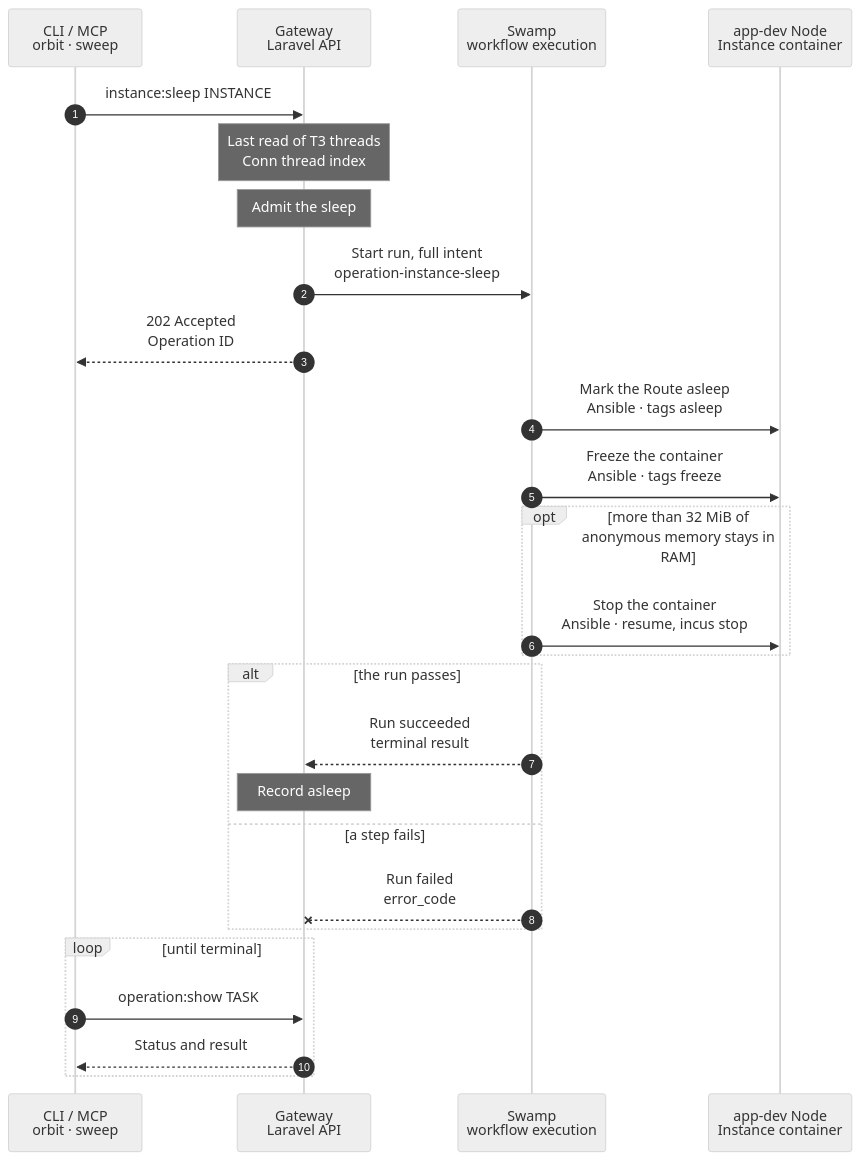
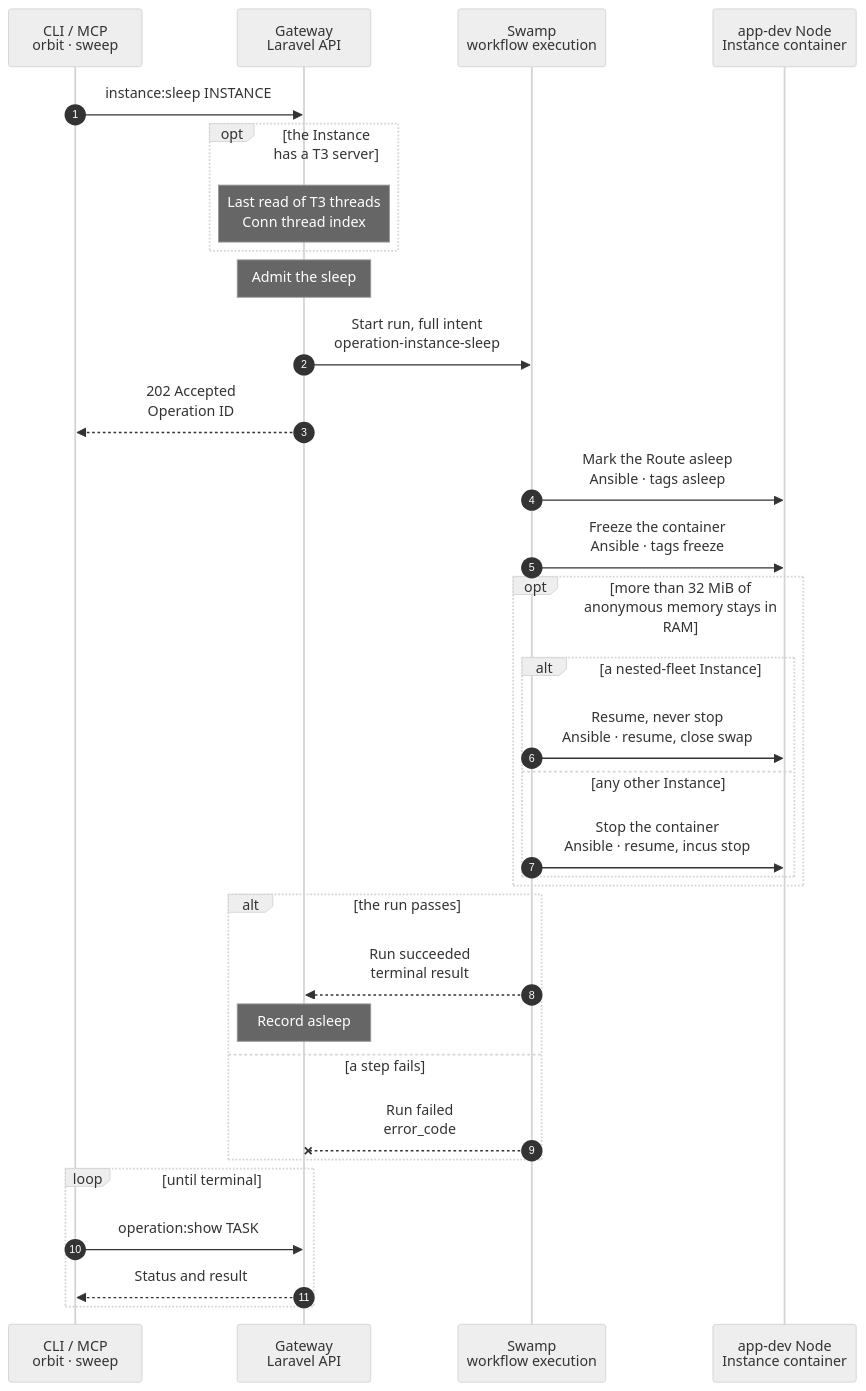
One commit to hardimpactdev/orbit changed the diagram in docs/cli/instance/sleep.mmd. Above: the diagram before and after it, drawn with Mermaid (neutral theme). The commit also changed 50 other files, not shown here.

First line of the commit message:
feat(instances): defaults and nested-fleet Instances sleep under the idle rule (#3783)

```diff
--- a/docs/cli/instance/sleep.mmd
+++ b/docs/cli/instance/sleep.mmd
@@ -1,81 +1,98 @@
 sequenceDiagram
-  %% Container runtime (ADR 0250 step 8, docs/reference/development-containers.md#sleep-and-wake): freeze a development container with its memory in swap and leave its Route on the wake page. The hibernation sweep admits the same kind after an idle hour; the command admits it at once.
+  %% Container runtime (ADR 0250 step 8, docs/reference/development-containers.md#sleep-and-wake): freeze a development container with its memory in swap and leave its Route on the wake page. Defaults and nested-fleet Instances sleep under the same rule as clones (owner decision 2026-11-14). The hibernation sweep admits the same kind after an idle hour; the command admits it at once.
   %% status: draft
   %% command: instance:sleep
   %% kind: instance.sleep
   autonumber
   %% lane CLI icon=terminal pill=caller tone=gray
   %% lane GW icon=gateway pill=intent tone=blue
   %% lane SW icon=workflow pill=executes tone=green
   %% lane N icon=server pill=target tone=amber
   participant CLI as CLI / MCP<br/>orbit · sweep
   participant GW as Gateway<br/>Laravel API
   participant SW as Swamp<br/>workflow execution
   participant N as app-dev Node<br/>Instance container
   CLI->>GW: instance:sleep INSTANCE
   %%> Command:
   %%> - `orbit instance:sleep INSTANCE`
   %%> - syntax: `<instance-id> [--json]`
   %%> Callers:
   %%> - the command, at once
-  %%> - the idle sleep of the runtime hibernator, every 10 min, after it read no HTTP, wake or T3 activity for an hour and no running turn (docs/reference/development-containers.md#sleep-and-wake)
-  Note over GW: Last read of T3 threads<br/>Conn thread index
-  %%> When:
-  %%> - after the refusals and the replay of a repeated request, before the Instance lock; within 3 seconds
-  %%> - only while Conn and its index switch `ORBIT_CONN_THREAD_INDEX_POLL` are on; the sleep switch does not matter
-  %%> What it does:
-  %%> - reads the container T3 server's threads once more, so the index keeps them while the Instance sleeps (docs/reference/conn.md#thread-index)
-  %%> On failure:
-  %%> - the index keeps its earlier rows; the sleep goes on
+  %%> - the idle sleep of the runtime hibernator, every 10 min, after it read no HTTP, wake or deployment activity for an hour and, for an Instance with a T3 server, no T3 activity and no running turn (docs/reference/development-containers.md#sleep-and-wake)
+  opt the Instance has a T3 server
+    Note over GW: Last read of T3 threads<br/>Conn thread index
+    %%> When:
+    %%> - after the refusals and the replay of a repeated request, before the Instance lock; within 3 seconds
+    %%> - only while Conn and its index switch `ORBIT_CONN_THREAD_INDEX_POLL` are on; the sleep setting does not matter
+    %%> - a default has no T3 server: nothing to read
+    %%> What it does:
+    %%> - reads the container T3 server's threads once more, so the index keeps them while the Instance sleeps (docs/reference/conn.md#thread-index)
+    %%> On failure:
+    %%> - the index keeps its earlier rows; the sleep goes on
+  end
   Note over GW: Admit the sleep
   %%> When:
-  %%> - an active development container that is not a default and not a nested-fleet Instance; take the Instance lock
+  %%> - an active development container, a default and a nested-fleet Instance included; take the Instance lock
   %%> On failure:
-  %%> - no container, a default, a nested-fleet Instance, an active task or lifecycle work starts no run
+  %%> - no container, a non-development Instance, an active task or lifecycle work starts no run
   GW->>SW: Start run, full intent<br/>operation-instance-sleep
   GW-->>CLI: 202 Accepted<br/>Operation ID
   SW->>N: Mark the Route asleep<br/>Ansible · tags asleep
   %%> What it does:
   %%> - checks that Caddy's loaded site of the Instance has the asleep rule, else `instance.sleep_route_unready`
+  %%> - an Instance without a published Route, such as a default without one, has no site: nothing proxies to it, so there is nothing to check; the intent's `route` says which
   %%> - writes the asleep marker, so each request from now on gets the wake page
   %%> Why:
   %%> - the marker comes before the freeze: a request during the freeze gets the wake page, not a hang
   SW->>N: Freeze the container<br/>Ansible · tags freeze
   %%> What it does:
-  %%> - writes `max` to the container cgroup's `memory.swap.max` (Incus writes 0), `incus pause`, then a reclaim of its memory
-  %%> - the processes and their state stay; their memory goes to swap, about 13 MiB stays in RAM
-  %%> - a frozen or stopped container stays as it is
+  %%> - writes `max` to `memory.swap.max` of every cgroup in the container's subtree that holds 0: the container's own (Incus writes 0) and, in a nested-fleet Instance, the inner payload cgroups (the inner Incus writes 0 too)
+  %%> - records the inner cgroups it opened on the Node, `/dev/shm/orbit/hibernation/app-instance-<id>.swap` (it makes the folder a Node's reboot emptied), and their count in the result, `swap_subtree`; a cgroup with its own limit, such as 32 MiB, stays as it is
+  %%> - a cgroup that vanishes during the walk or refuses the write is not opened and fails nothing: its pages stay in RAM, which the check below counts
+  %%> - `incus pause`, then a reclaim of the container's memory
+  %%> - the processes and their state stay; their memory goes to swap, about 13 MiB stays in RAM for a clone, 78 MiB for a nested-fleet default
+  %%> - a frozen or stopped container stays as it is; a frozen one reports the `swap_subtree` of the sleep that froze it, from its record
   %%> Why:
   %%> - the reclaim follows the pause, so no running process pulls a page back
-  %%> - swap opens for this cgroup only and only while it sleeps: a running container never swaps
+  %%> - with only the outer cgroup open, 1,531 MiB of a nested default stayed in RAM: a cgroup with 0 keeps its pages
+  %%> - swap opens only while the Instance sleeps: a running container never swaps
   %%> On failure:
-  %%> - a failed swap write or pause writes 0 back and removes the marker, `instance.container_freeze_failed`; the container serves as before
+  %%> - a failed swap write, record write or pause writes 0 back to each cgroup it opened, recorded or not, and removes the marker, `instance.container_freeze_failed`; the container serves as before
   opt more than 32 MiB of anonymous memory stays in RAM
-    SW->>N: Stop the container<br/>Ansible · resume, incus stop
-    %%> Why:
-    %%> - swap is full; a frozen container would hold RAM, which a sleep exists to free
-    %%> Result:
-    %%> - `sleep: stopped`; the next wake boots it behind the same marker
-    %%> On failure:
-    %%> - the resumed container runs: swap closes again, the marker goes, `instance.container_freeze_failed`
+    alt a nested-fleet Instance
+      SW->>N: Resume, never stop<br/>Ansible · resume, close swap
+      %%> Why:
+      %%> - a stop loses the Club key in /run and the tunnel `wg-nested`; only a deployment or a start gives them back
+      %%> Result:
+      %%> - the container runs again, swap closes on each cgroup the freeze opened, the marker goes; the run fails `instance.container_freeze_failed`
+      %%> - the Instance serves as before; free swap and run the command again
+    else any other Instance
+      SW->>N: Stop the container<br/>Ansible · resume, incus stop
+      %%> Why:
+      %%> - swap is full; a frozen container would hold RAM, which a sleep exists to free
+      %%> Result:
+      %%> - `sleep: stopped`; the next wake boots it behind the same marker
+      %%> On failure:
+      %%> - the resumed container runs: swap closes again, the marker goes, `instance.container_freeze_failed`
+    end
   end
   alt the run passes
     %% path: main
     SW-->>GW: Run succeeded<br/>terminal result
     Note over GW: Record asleep
     %%> Result:
-    %%> - the runtime's `power_state` is `stopped` for a frozen and a stopped container; the result says `sleep: frozen` or `sleep: stopped`
-    %%> - `t3_turn` is `idle` when the idle sleep started it, which read T3 first, and `not_checked` for the command
+    %%> - the runtime's `power_state` is `stopped` for a frozen and a stopped container; the result says `sleep: frozen` or `sleep: stopped`, and `swap_subtree`, the number of inner cgroups the freeze opened
+    %%> - `t3_turn` is `idle` when the idle sleep read T3 first, `no_server` for an Instance without a T3 server, whoever started the sleep, and `not_checked` for the command
     %%> - the Conn layer shows its T3 server asleep; the hourly renewal skips it
   else a step fails
     %% path: failed
     SW--xGW: Run failed<br/>error_code
     %%> Result:
     %%> - `power_state` stays as it was. A marker left on a running container is harmless: the next request wakes the Instance, which removes it
     %%> Retry:
     %%> - the same command again
   end
   loop until terminal
     CLI->>GW: operation:show TASK
     GW-->>CLI: Status and result
   end
```
